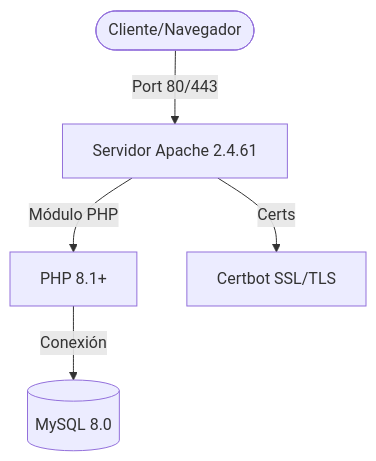
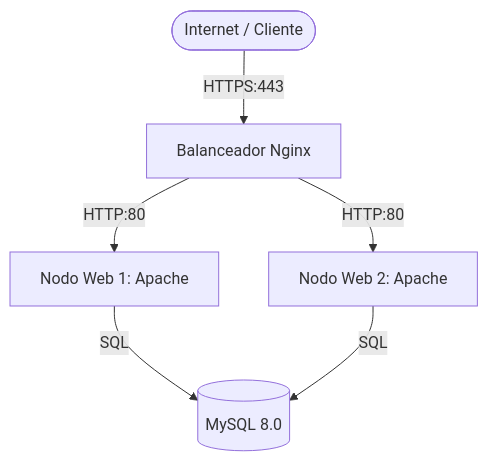
Before and after one commit to vjp-yusefLC/proyecto-git-md: the diagram in docs/04-instalacion/servidor-web.md, drawn with Mermaid. The commit also changed other lines of this file and 1 other file, not shown here.

Commit message:
Archivos servidor-web.md y 05-operacion.md actualizados

````diff
--- a/docs/04-instalacion/servidor-web.md
+++ b/docs/04-instalacion/servidor-web.md
@@ -7,7 +7,8 @@
 ```mermaid
 graph TD
-    Client([Cliente/Navegador]) -->|Port 80/443| Apache[Servidor Apache 2.4.61]
-    Apache -->|Módulo PHP| PHP[PHP 8.1+]
-    Apache -->|Certs| SSL[Certbot SSL/TLS]
-    PHP -->|Conexión| DB[(MySQL 8.0)]
+    User([Internet / Cliente]) -->|HTTPS:443| LB[Balanceador Nginx]
+    LB -->|HTTP:80| W1[Nodo Web 1: Apache]
+    LB -->|HTTP:80| W2[Nodo Web 2: Apache]
+    W1 -->|SQL| DB[(MySQL 8.0)]
+    W2 -->|SQL| DB
 ```
````
